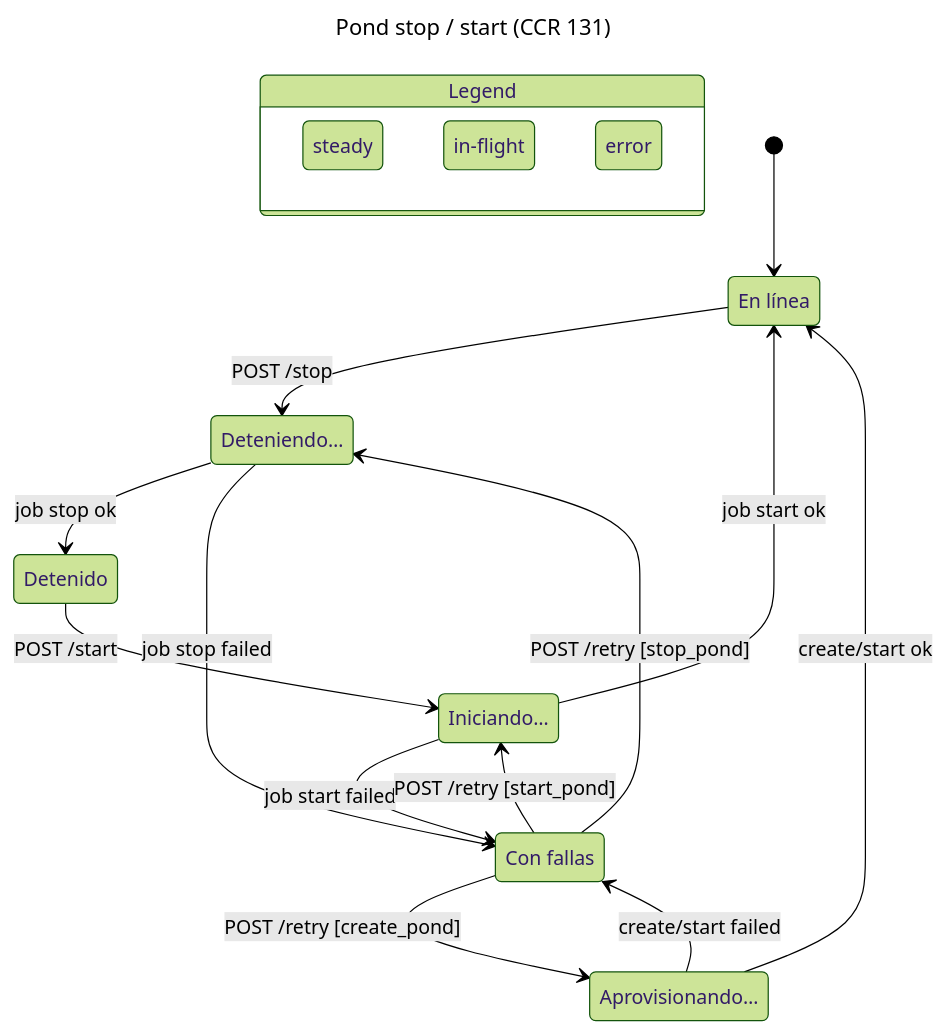
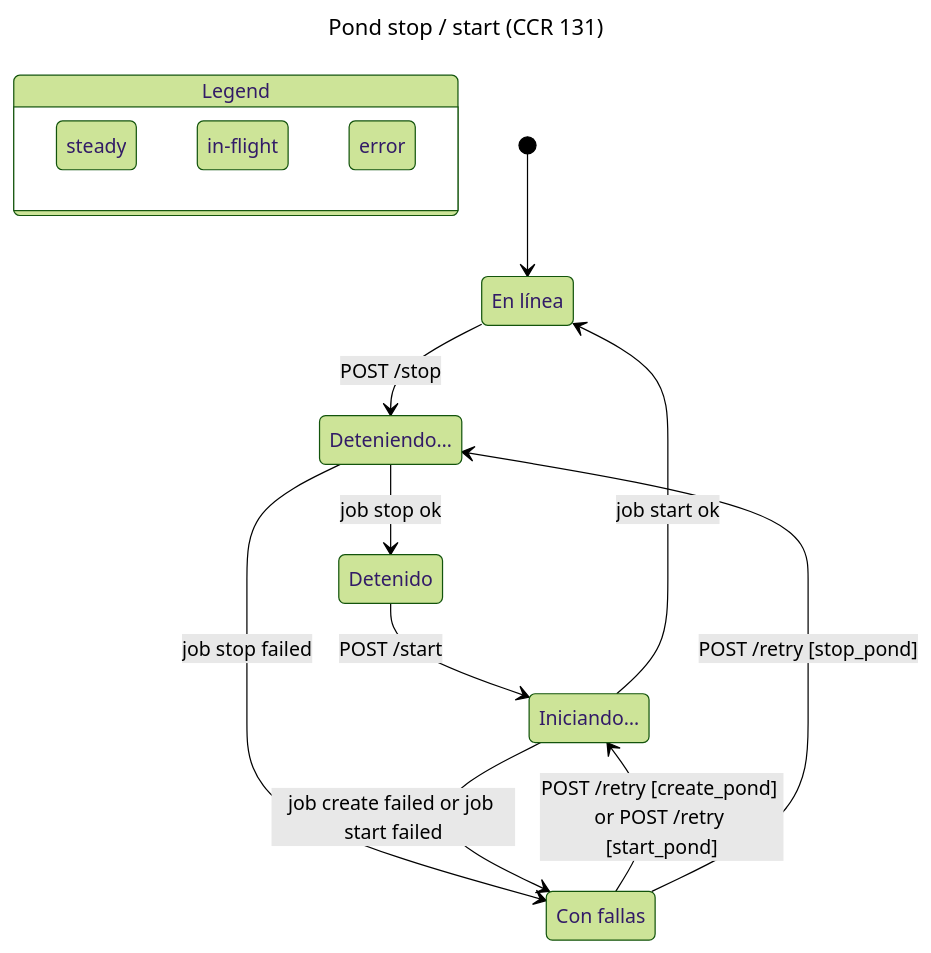
One commit to carloshugoeg/koicloud changed the diagram in docs/architecture/statecharts/pond-stop-start/chart.mmd. Above: the diagram before and after it, drawn with Mermaid (forest theme). The commit also changed 11 other files, not shown here.

First line of the commit message:
docs(ponds): five-state CCR 131 chart without provisioning

```diff
--- a/docs/architecture/statecharts/pond-stop-start/chart.mmd
+++ b/docs/architecture/statecharts/pond-stop-start/chart.mmd
@@ -1,36 +1,31 @@
 ---
 title: "Pond stop / start (CCR 131)"
 ---
 stateDiagram-v2
   state "Legend" as legend {
     lg0: steady
     lg1: in-flight
     lg2: error
   }
   class lg0 teal
   class lg1 orange
   class lg2 pink
   s0: En línea
-  s1: Aprovisionando#8230;
+  s1: Con fallas
   s2: Deteniendo#8230;
-  s3: Con fallas
+  s3: Iniciando#8230;
   s4: Detenido
-  s5: Iniciando#8230;
   [*] --> s0
   s0 --> s2: POST /stop
-  s1 --> s0: create/start ok
-  s1 --> s3: create/start failed
+  s1 --> s3: POST /retry [create_pond] or POST /retry [start_pond]
   s2 --> s4: job stop ok
-  s2 --> s3: job stop failed
-  s3 --> s1: POST /retry [create_pond]
-  s4 --> s5: POST /start
-  s3 --> s2: POST /retry [stop_pond]
-  s5 --> s0: job start ok
-  s5 --> s3: job start failed
-  s3 --> s5: POST /retry [start_pond]
+  s2 --> s1: job stop failed
+  s3 --> s0: job start ok
+  s3 --> s1: job create failed or job start failed
+  s4 --> s3: POST /start
+  s1 --> s2: POST /retry [stop_pond]
   class s0 teal
-  class s1 orange
+  class s1 pink
   class s2 orange
-  class s3 pink
+  class s3 orange
   class s4 teal
-  class s5 orange
```
